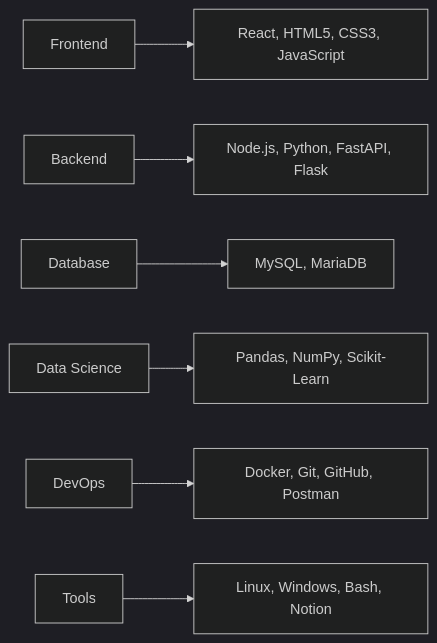
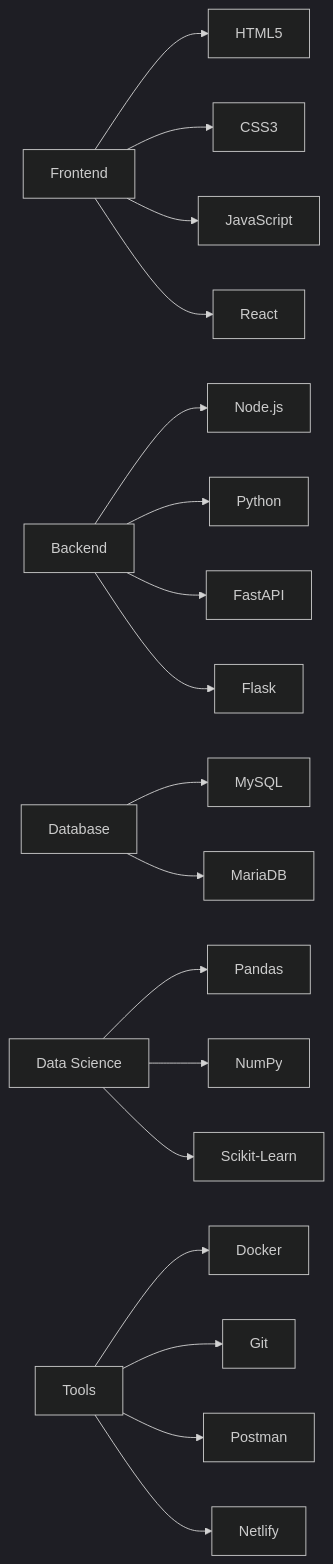
Before and after one commit to clevervi/clevervi: the diagram in README.md, drawn with Mermaid (dark theme). The commit also changed other lines of this file, not shown here.

````diff
--- a/README.md
+++ b/README.md
@@ -77,9 +96,20 @@
 ```mermaid
 graph LR
-A[Frontend] --> B[React, HTML5, CSS3, JavaScript]
-C[Backend] --> D[Node.js, Python, FastAPI, Flask]
-E[Database] --> F[MySQL, MariaDB]
-G[Data Science] --> H[Pandas, NumPy, Scikit-Learn]
-I[DevOps] --> J[Docker, Git, GitHub, Postman]
-K[Tools] --> L[Linux, Windows, Bash, Notion]
+A[Frontend] --> A1[HTML5]
+A --> A2[CSS3]
+A --> A3[JavaScript]
+A --> A4[React]
+B[Backend] --> B1[Node.js]
+B --> B2[Python]
+B --> B3[FastAPI]
+B --> B4[Flask]
+C[Database] --> C1[MySQL]
+C --> C2[MariaDB]
+D[Data Science] --> D1[Pandas]
+D --> D2[NumPy]
+D --> D3[Scikit-Learn]
+E[Tools] --> E1[Docker]
+E --> E2[Git]
+E --> E3[Postman]
+E --> E4[Netlify]
 ```
````
